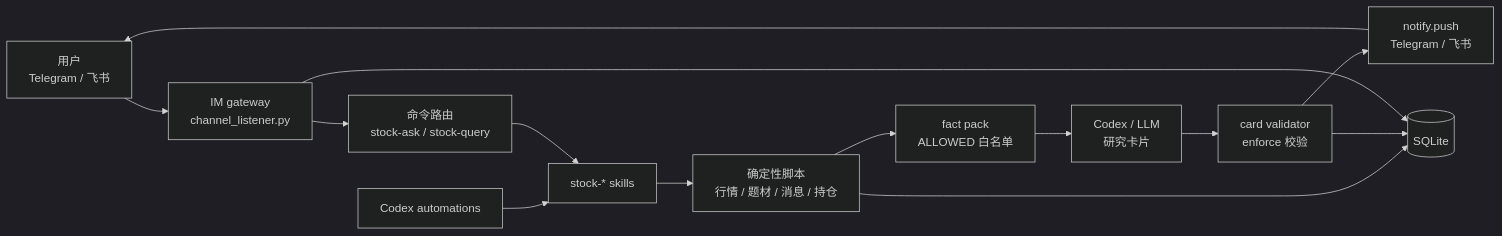
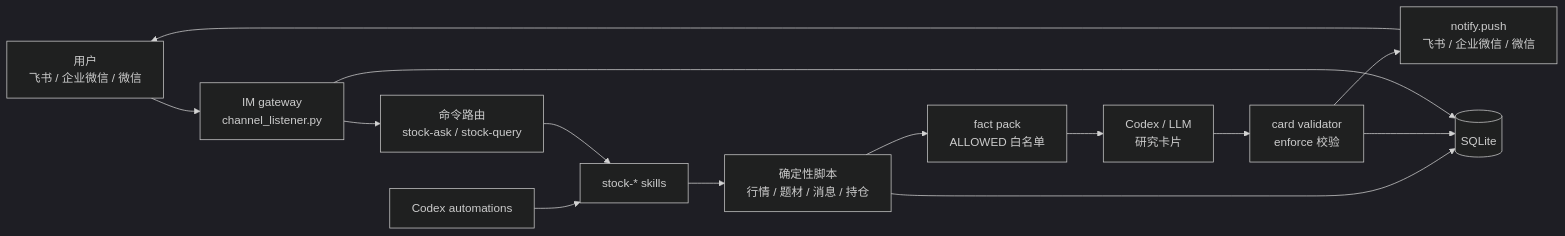
The first of 2 diagrams in README.md (wispig66/a-stock-agent), drawn with Mermaid (dark theme) before and after one commit. The commit also changed other lines of this file, not shown here.

First line of the commit message:
docs: migrate README off Telegram to feishu/wecom/weixin

````diff
--- a/README.md
+++ b/README.md
@@ -69,18 +69,18 @@
 ```mermaid
 flowchart LR
-    User["用户<br/>Telegram / 飞书"] --> Gateway["IM gateway<br/>channel_listener.py"]
+    User["用户<br/>飞书 / 企业微信 / 微信"] --> Gateway["IM gateway<br/>channel_listener.py"]
     Gateway --> Router["命令路由<br/>stock-ask / stock-query"]
     Scheduler["Codex automations"] --> Skills["stock-* skills"]
     Router --> Skills
 
     Skills --> Scripts["确定性脚本<br/>行情 / 题材 / 消息 / 持仓"]
     Scripts --> FactPack["fact pack<br/>ALLOWED 白名单"]
     FactPack --> LLM["Codex / LLM<br/>研究卡片"]
     LLM --> Validator["card validator<br/>enforce 校验"]
-    Validator --> Notify["notify.push<br/>Telegram / 飞书"]
+    Validator --> Notify["notify.push<br/>飞书 / 企业微信 / 微信"]
     Notify --> User
 
     Scripts --> DB[(SQLite)]
     Validator --> DB
     Gateway --> DB
 ```
````
